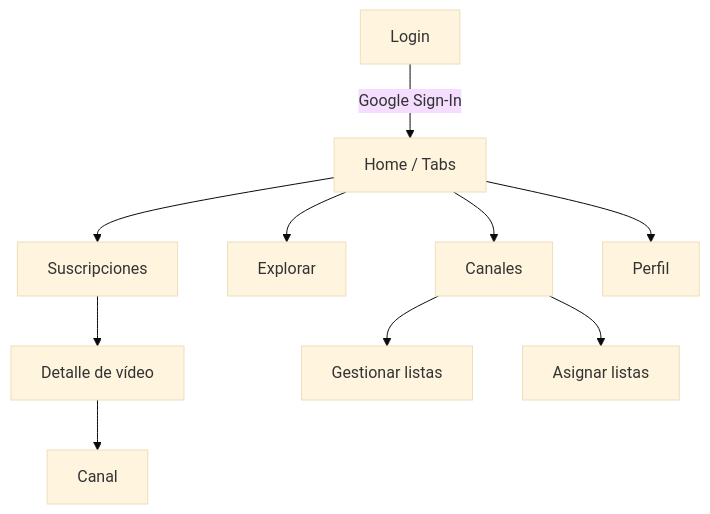
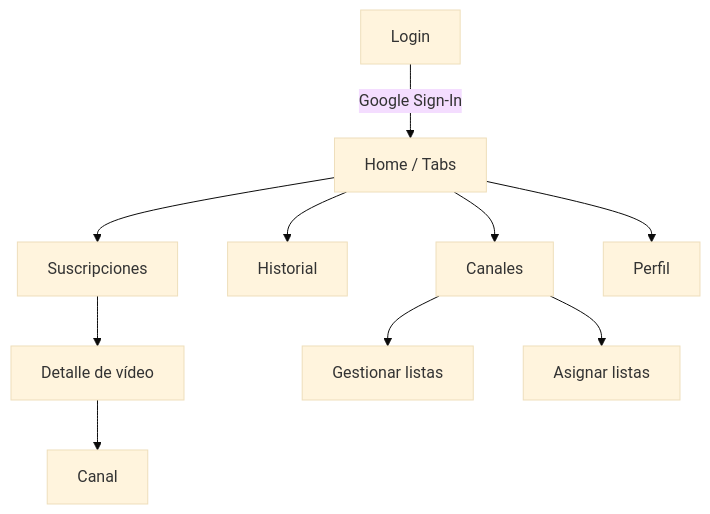
Before and after one commit to valerogarte/aris: the diagram in README.md, drawn with Mermaid (base theme). The commit also changed other lines of this file and 16 other files, not shown here.

````diff
--- a/README.md
+++ b/README.md
@@ -15,12 +15,12 @@
 ```mermaid
 flowchart TD
   A[Login] -->|Google Sign-In| B[Home / Tabs]
   B --> C[Suscripciones]
-  B --> D[Explorar]
+  B --> D[Historial]
   B --> E[Canales]
   B --> I[Perfil]
   C --> F[Detalle de vídeo]
   F --> J[Canal]
   E --> G[Gestionar listas]
   E --> H[Asignar listas]
 ```
````
